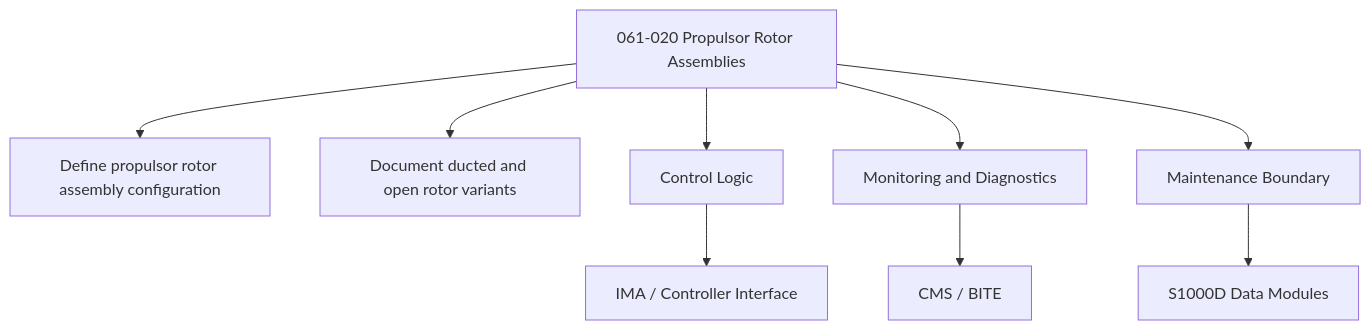
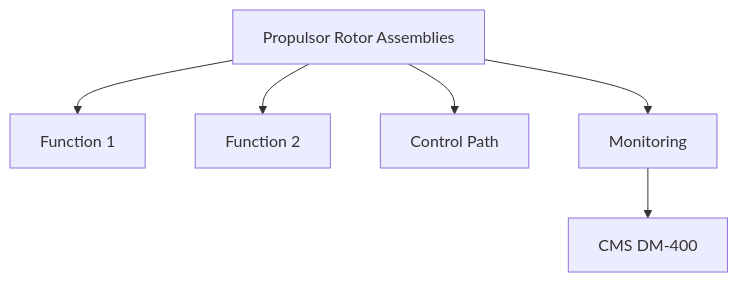
One commit to AmedeoPelliccia/Qplus-For-All-Queer-People-and-Quantum changed the second of 2 diagrams in Q+ATLANTIDE/000-099_ATLAS/060-069_Propulsion-Tradicional/061_Propellers-and-Propulsors/061-020-Propulsor-Rotor-Assemblies.md. Above: the diagram before and after it, drawn with Mermaid. The commit also changed other lines of this file and 74 other files, not shown here.

````diff
--- a/Q+ATLANTIDE/000-099_ATLAS/060-069_Propulsion-Tradicional/061_Propellers-and-Propulsors/061-020-Propulsor-Rotor-Assemblies.md
+++ b/Q+ATLANTIDE/000-099_ATLAS/060-069_Propulsion-Tradicional/061_Propellers-and-Propulsors/061-020-Propulsor-Rotor-Assemblies.md
@@ -172,11 +106,8 @@
 ```mermaid
 flowchart TB
-    SYS[061-020 Propulsor Rotor Assemblies] --> F1[Define propulsor rotor assembly configuration]
-    SYS --> F2[Document ducted and open rotor variants]
-    SYS --> CTRL[Control Logic]
-    SYS --> MON[Monitoring and Diagnostics]
-    SYS --> MAINT[Maintenance Boundary]
-    CTRL --> IMA[IMA / Controller Interface]
-    MON --> CMS[CMS / BITE]
-    MAINT --> CSDB[S1000D Data Modules]
+    SYS[Propulsor Rotor Assemblies] --> F1[Function 1]
+    SYS --> F2[Function 2]
+    SYS --> CTRL[Control Path]
+    SYS --> MON[Monitoring]
+    MON --> CMS[CMS DM-400]
 ```
````
